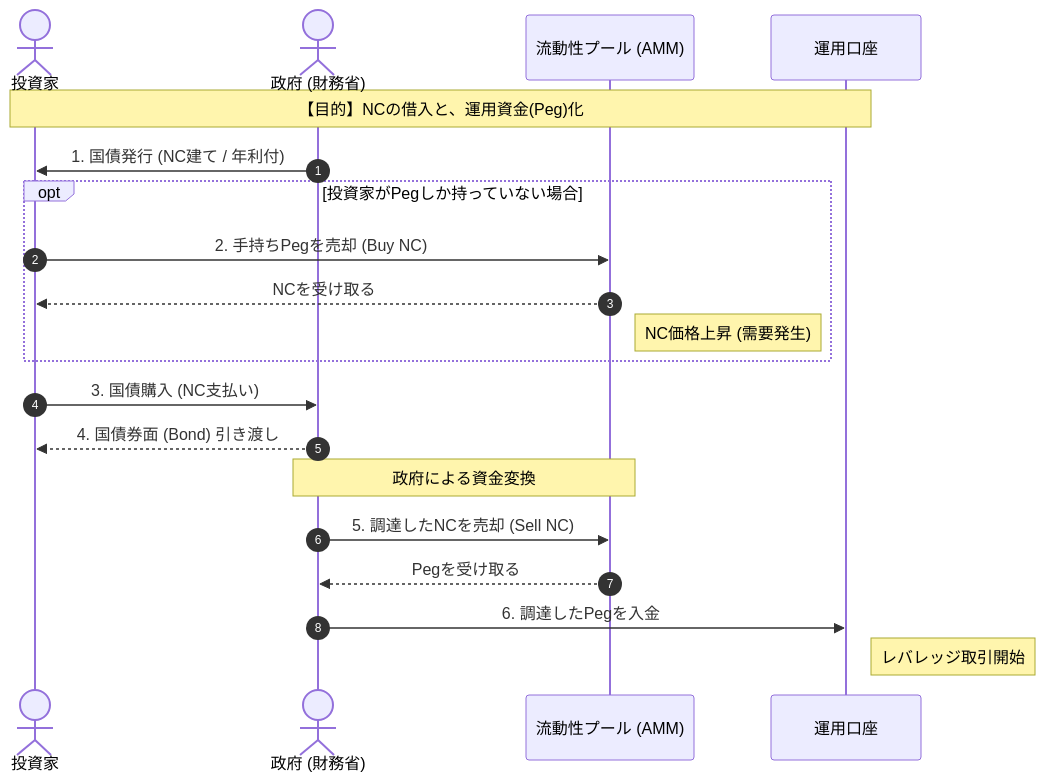
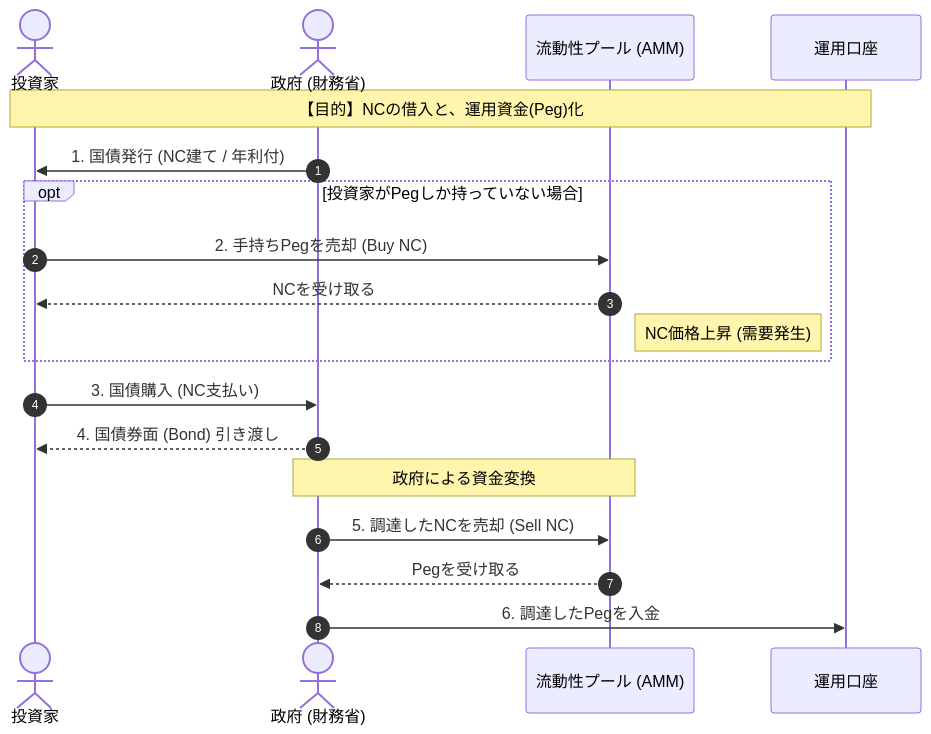
Before and after one commit to h4ribote/share_doc: the second of 3 diagrams in MMOBank/Cash_flow_mermaid.md, drawn with Mermaid. The commit also changed other lines of this file, not shown here.

````diff
--- a/MMOBank/Cash_flow_mermaid.md
+++ b/MMOBank/Cash_flow_mermaid.md
@@ -40,30 +42,28 @@
 ```mermaid
 sequenceDiagram
     autonumber
     actor Inv as 投資家
     actor Gov as 政府 (財務省)
     participant Pool as 流動性プール (AMM)
     participant AC as 運用口座
     
     Note over Inv, AC: 【目的】NCの借入と、運用資金(Peg)化
 
     Gov->>Inv: 1. 国債発行 (NC建て / 年利付)
     
     opt 投資家がPegしか持っていない場合
         Inv->>Pool: 2. 手持ちPegを売却 (Buy NC)
         Pool-->>Inv: NCを受け取る
         Note right of Pool: NC価格上昇 (需要発生)
     end
 
     Inv->>Gov: 3. 国債購入 (NC支払い)
     Gov-->>Inv: 4. 国債券面 (Bond) 引き渡し
 
     Note over Gov, Pool: 政府による資金変換
     Gov->>Pool: 5. 調達したNCを売却 (Sell NC)
     Pool-->>Gov: Pegを受け取る
     
     Gov->>AC: 6. 調達したPegを入金
-    Note right of AC: レバレッジ取引開始
-
 
 ```
````
